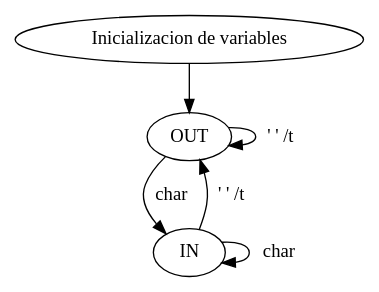
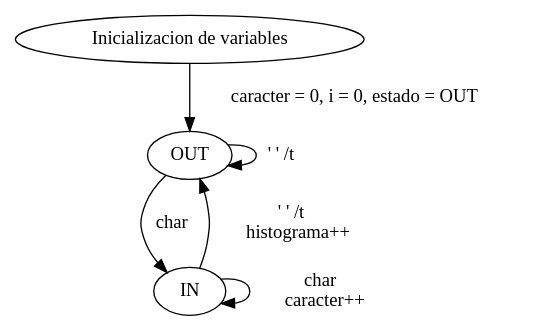
One commit to SantiagoGimenez01/SSL changed the diagram in 02-MaquinasDeEstado/histograma.gv. Above: the diagram before and after it, drawn with Graphviz. The commit also changed 1 other file, not shown here.

```diff
--- a/02-MaquinasDeEstado/histograma.gv
+++ b/02-MaquinasDeEstado/histograma.gv
@@ -1,11 +1,13 @@
 digraph Histograma {
     1 [label="Inicializacion de variables"];
     2 [label="OUT"];
     3 [label="IN"];
     
-    1 -> 2
+    1 -> 2 [label=" caracter = 0, i = 0, estado = OUT"];
     2 -> 2 [label=" ' ' /t "];
     2 -> 3 [label=" char  "];
-    3 -> 2 [label=" ' ' /t "];
-    3 -> 3 [label = "  char"]
+    3 -> 2 [label=" ' ' /t 
+    histograma++"];
+    3 -> 3 [label = "  char
+    caracter++"]
 }
```
